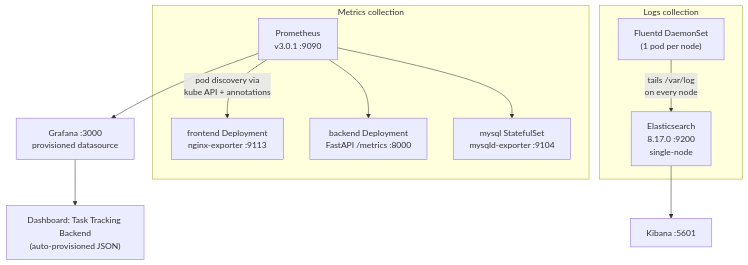
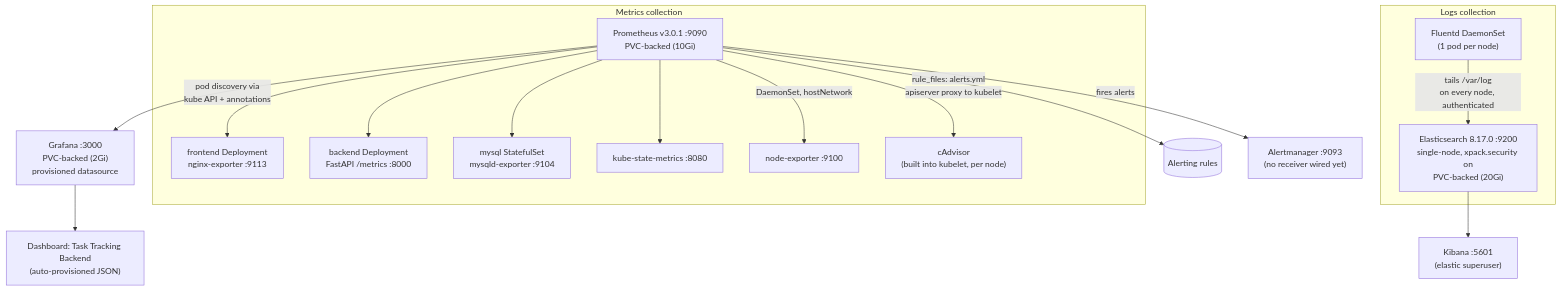
Before and after one commit to Olalekog/task-tracking-app-gitops: the third of 4 diagrams in docs/ARCHITECTURE-AND-MONITORING.md, drawn with Mermaid. The commit also changed other lines of this file and 12 other files, not shown here.

First line of the commit message:
Add alerting, persistent storage, ES/Kibana auth, and node/container metrics

````diff
--- a/docs/ARCHITECTURE-AND-MONITORING.md
+++ b/docs/ARCHITECTURE-AND-MONITORING.md
@@ -86,15 +86,20 @@
 ```mermaid
 flowchart TB
     subgraph Metrics collection
-        Prom[Prometheus\nv3.0.1 :9090] -->|pod discovery via\nkube API + annotations| FEExp[frontend Deployment\nnginx-exporter :9113]
+        Prom["Prometheus v3.0.1 :9090\nPVC-backed (10Gi)"] -->|pod discovery via\nkube API + annotations| FEExp[frontend Deployment\nnginx-exporter :9113]
         Prom --> BE[backend Deployment\nFastAPI /metrics :8000]
         Prom --> DBExp[mysql StatefulSet\nmysqld-exporter :9104]
+        Prom --> KSM[kube-state-metrics :8080]
+        Prom -->|"DaemonSet, hostNetwork"| NE[node-exporter :9100]
+        Prom -->|"apiserver proxy to kubelet"| CAD["cAdvisor\n(built into kubelet, per node)"]
     end
-    Prom --> Graf[Grafana :3000\nprovisioned datasource]
+    Prom -->|"rule_files: alerts.yml"| Rules[(Alerting rules)]
+    Prom -->|fires alerts| AM["Alertmanager :9093\n(no receiver wired yet)"]
+    Prom --> Graf["Grafana :3000\nPVC-backed (2Gi)\nprovisioned datasource"]
     Graf --> Dash["Dashboard: Task Tracking Backend\n(auto-provisioned JSON)"]
 
     subgraph Logs collection
-        FluentdDS["Fluentd DaemonSet\n(1 pod per node)"] -->|"tails /var/log\non every node"| ES[Elasticsearch\n8.17.0 :9200\nsingle-node]
+        FluentdDS["Fluentd DaemonSet\n(1 pod per node)"] -->|"tails /var/log\non every node, authenticated"| ES["Elasticsearch 8.17.0 :9200\nsingle-node, xpack.security on\nPVC-backed (20Gi)"]
     end
-    ES --> Kib[Kibana :5601]
+    ES --> Kib["Kibana :5601\n(elastic superuser)"]
 ```
````
